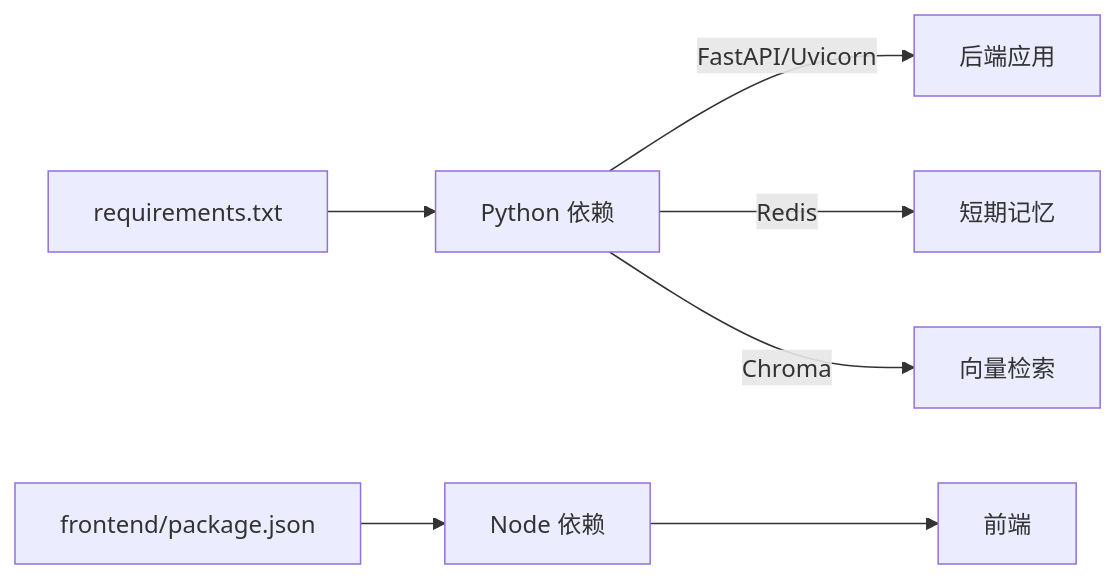
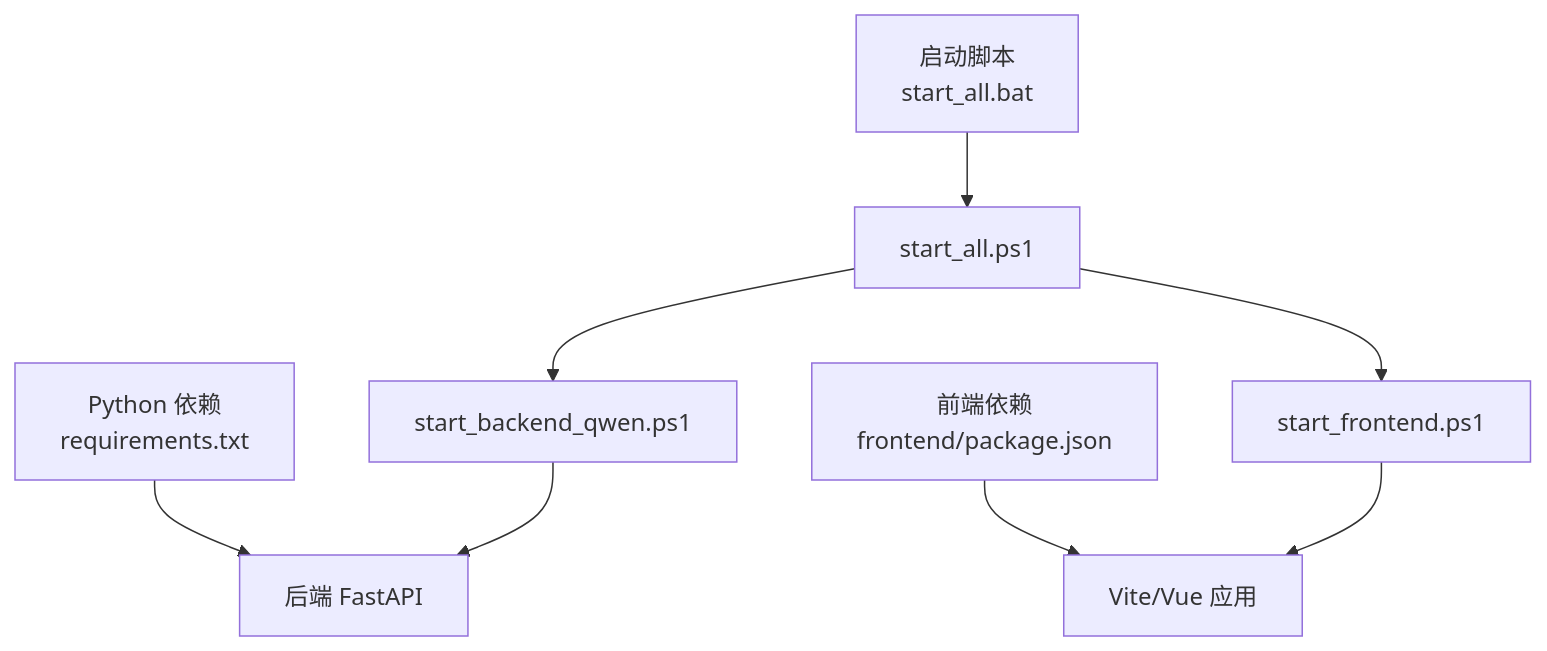
One commit to Moon-Force/DouYin_llm changed the seventh of 7 diagrams in .qoder/repowiki/zh/content/部署指南/部署指南.md. Above: the diagram before and after it, drawn with Mermaid. The commit also changed other lines of this file and 218 other files, not shown here.

````diff
--- a/.qoder/repowiki/zh/content/部署指南/部署指南.md
+++ b/.qoder/repowiki/zh/content/部署指南/部署指南.md
@@ -190,9 +235,10 @@
 ```mermaid
-graph LR
-R["requirements.txt"] --> P["Python 依赖"]
-F["frontend/package.json"] --> N["Node 依赖"]
-P --> |FastAPI/Uvicorn| APP["后端应用"]
-P --> |Redis| MEM["短期记忆"]
-P --> |Chroma| VEC["向量检索"]
-N --> FE["前端"]
+graph TB
+PY["Python 依赖<br/>requirements.txt"] --> BE["后端 FastAPI"]
+FE["前端依赖<br/>frontend/package.json"] --> FE_APP["Vite/Vue 应用"]
+BAT["启动脚本<br/>start_all.bat"] --> PS_ALL["start_all.ps1"]
+PS_ALL --> PS_BE["start_backend_qwen.ps1"]
+PS_ALL --> PS_FE["start_frontend.ps1"]
+PS_BE --> BE
+PS_FE --> FE_APP
 ```
````
